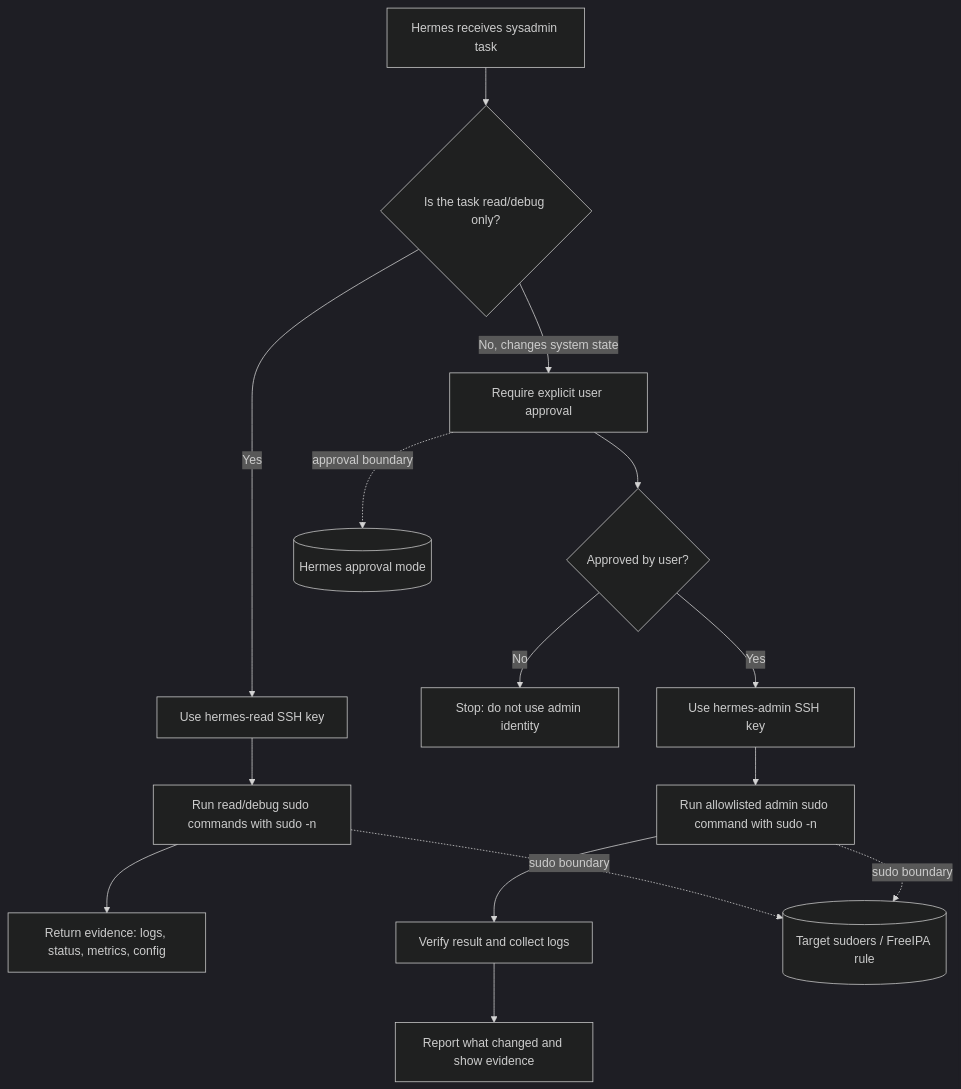
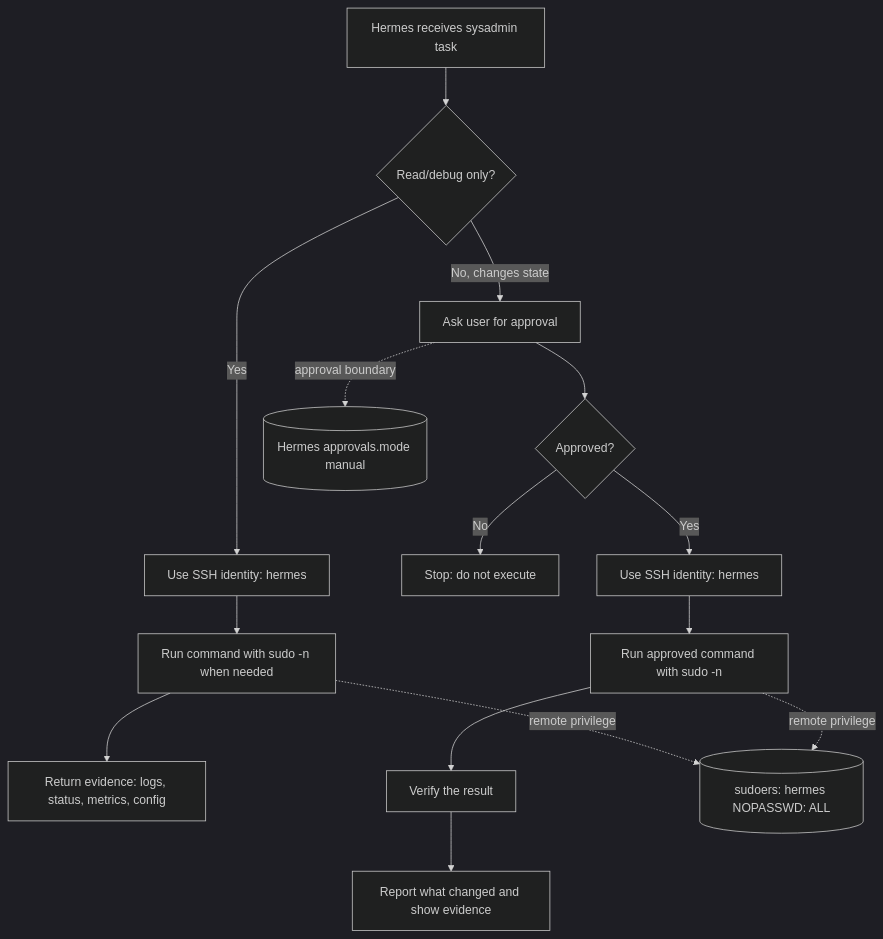
The diagram in README.md (hermes-speedboat/hermes.ssh_access), drawn with Mermaid (dark theme) before and after one commit. The commit also changed other lines of this file and 1 other file, not shown here.

Commit message:
docs: switch to single Hermes sudo identity

````diff
--- a/README.md
+++ b/README.md
@@ -57,20 +88,20 @@
 ```mermaid
 flowchart TD
-    A[Hermes receives sysadmin task] --> B{Is the task read/debug only?}
+    A[Hermes receives sysadmin task] --> B{Read/debug only?}
 
-    B -- Yes --> C[Use hermes-read SSH key]
-    C --> D[Run read/debug sudo commands with sudo -n]
+    B -- Yes --> C[Use SSH identity: hermes]
+    C --> D[Run command with sudo -n when needed]
     D --> E[Return evidence: logs, status, metrics, config]
 
-    B -- No, changes system state --> F[Require explicit user approval]
-    F --> G{Approved by user?}
-    G -- No --> H[Stop: do not use admin identity]
-    G -- Yes --> I[Use hermes-admin SSH key]
-    I --> J[Run allowlisted admin sudo command with sudo -n]
-    J --> K[Verify result and collect logs]
+    B -- No, changes state --> F[Ask user for approval]
+    F --> G{Approved?}
+    G -- No --> H[Stop: do not execute]
+    G -- Yes --> I[Use SSH identity: hermes]
+    I --> J[Run approved command with sudo -n]
+    J --> K[Verify the result]
     K --> L[Report what changed and show evidence]
 
-    D -. sudo boundary .-> M[(Target sudoers / FreeIPA rule)]
-    J -. sudo boundary .-> M
-    F -. approval boundary .-> N[(Hermes approval mode)]
+    D -. remote privilege .-> M[(sudoers: hermes NOPASSWD: ALL)]
+    J -. remote privilege .-> M
+    F -. approval boundary .-> N[(Hermes approvals.mode manual)]
 ```
````
